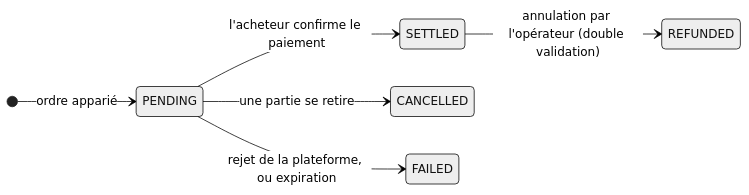
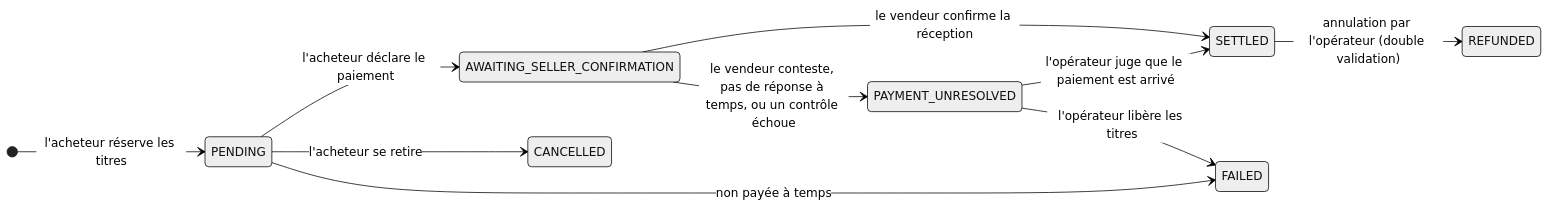
One commit to makibytes/registerwerk changed the diagram in docs/customer/lifecycle/secondary-market.fr.md. Above: the diagram before and after it, drawn with Mermaid (neutral theme). The commit also changed other lines of this file and 297 other files, not shown here.

````diff
--- a/docs/customer/lifecycle/secondary-market.fr.md
+++ b/docs/customer/lifecycle/secondary-market.fr.md
@@ -89,9 +95,13 @@
 ```mermaid
 stateDiagram-v2
     direction LR
-    [*] --> PENDING: ordre apparié
-    PENDING --> SETTLED: l'acheteur confirme le paiement
-    PENDING --> CANCELLED: une partie se retire
-    PENDING --> FAILED: rejet de la plateforme, ou expiration
+    [*] --> PENDING: l'acheteur réserve les titres
+    PENDING --> AWAITING_SELLER_CONFIRMATION: l'acheteur déclare le paiement
+    PENDING --> CANCELLED: l'acheteur se retire
+    PENDING --> FAILED: non payée à temps
+    AWAITING_SELLER_CONFIRMATION --> SETTLED: le vendeur confirme la réception
+    AWAITING_SELLER_CONFIRMATION --> PAYMENT_UNRESOLVED: le vendeur conteste, pas de réponse à temps, ou un contrôle échoue
+    PAYMENT_UNRESOLVED --> SETTLED: l'opérateur juge que le paiement est arrivé
+    PAYMENT_UNRESOLVED --> FAILED: l'opérateur libère les titres
     SETTLED --> REFUNDED: annulation par l'opérateur (double validation)
 ```
````
